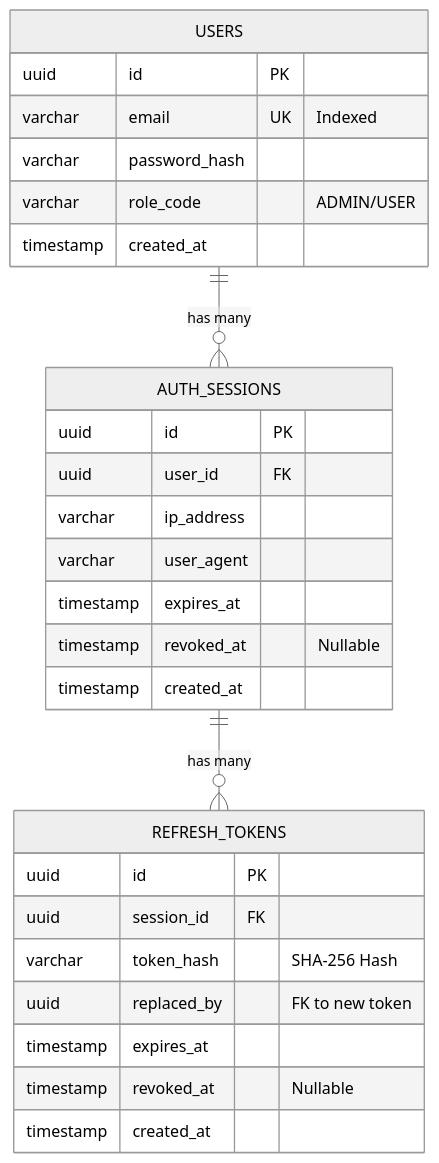
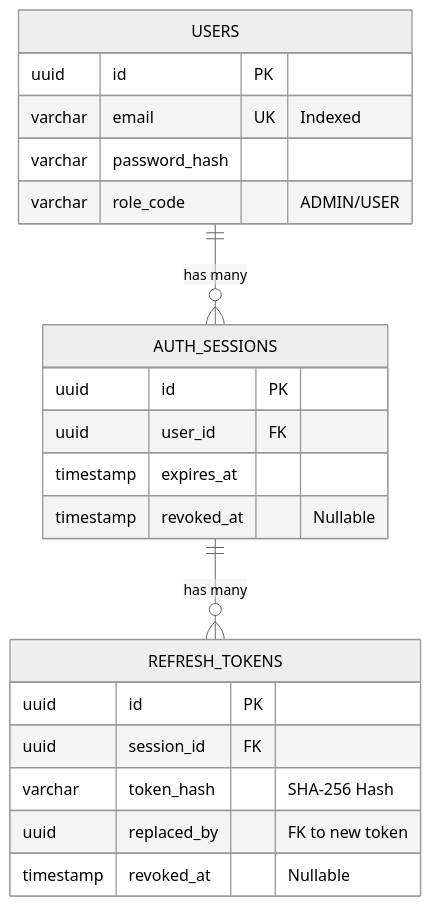
One commit to dinhdat07/server-management-service changed the first of 3 diagrams in docs/ARCHITECTURE.md. Above: the diagram before and after it, drawn with Mermaid (neutral theme). The commit also changed other lines of this file, not shown here.

Commit message:
docs: add C4 architecture documentation for server management service

````diff
--- a/docs/ARCHITECTURE.md
+++ b/docs/ARCHITECTURE.md
@@ -87,33 +101,27 @@
 ```mermaid
 erDiagram
     USERS ||--o{ AUTH_SESSIONS : "has many"
     AUTH_SESSIONS ||--o{ REFRESH_TOKENS : "has many"
 
     USERS {
         uuid id PK
         varchar email UK "Indexed"
         varchar password_hash
         varchar role_code "ADMIN/USER"
-        timestamp created_at
     }
     
     AUTH_SESSIONS {
         uuid id PK
         uuid user_id FK
-        varchar ip_address
-        varchar user_agent
         timestamp expires_at
         timestamp revoked_at "Nullable"
-        timestamp created_at
     }
 
     REFRESH_TOKENS {
         uuid id PK
         uuid session_id FK
         varchar token_hash "SHA-256 Hash"
         uuid replaced_by "FK to new token"
-        timestamp expires_at
         timestamp revoked_at "Nullable"
-        timestamp created_at
     }
 ```
````
